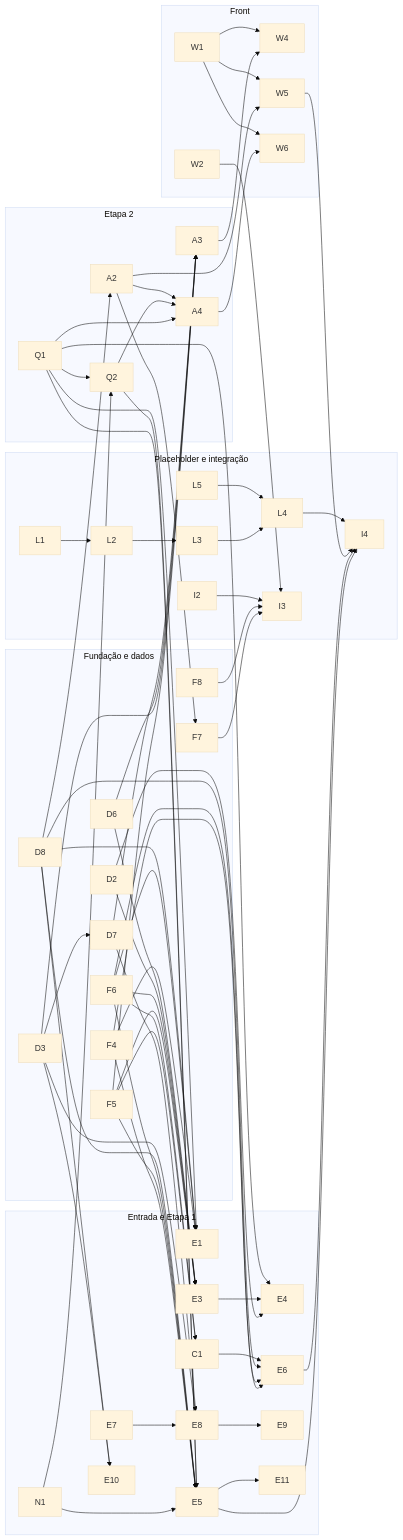
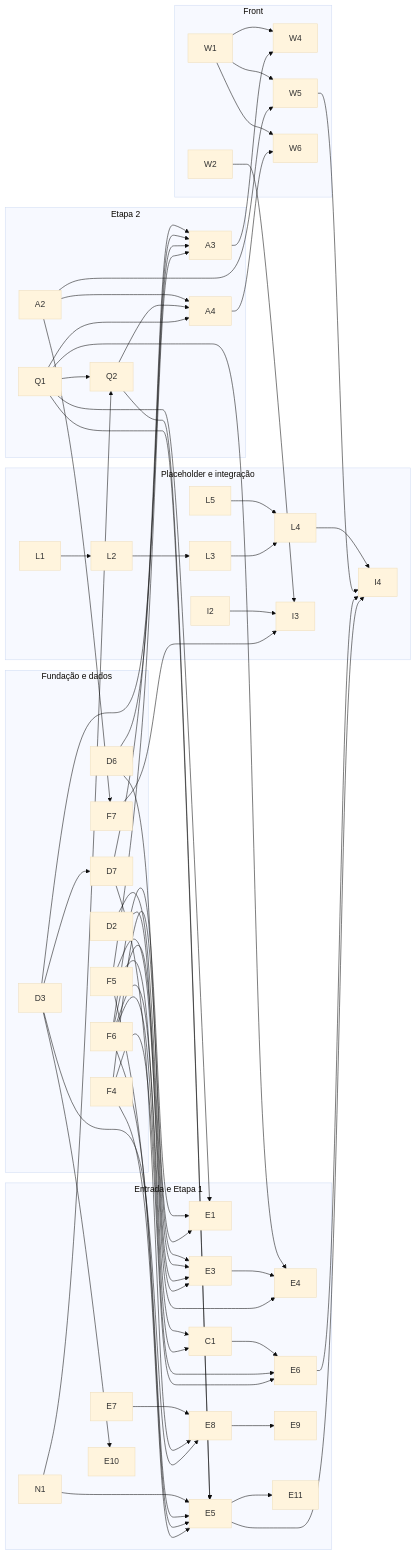
Before and after one commit to MateusBarnabe/Projeto-Integrador: the diagram in PROXIMOS-PASSOS.md, drawn with Mermaid (base theme). The commit also changed other lines of this file and 2 other files, not shown here.

````diff
--- a/PROXIMOS-PASSOS.md
+++ b/PROXIMOS-PASSOS.md
@@ -187,51 +188,49 @@
 ```mermaid
 flowchart LR
   subgraph Fundacao["Fundação e dados"]
-    F4 & F5 & F6 & F7 & F8
-    D2 & D3 & D6 & D7 & D8
+    F4 & F5 & F6 & F7
+    D2 & D3 & D6 & D7
   end
   subgraph Etapa1["Entrada e Etapa 1"]
     E1 & E3 & E4 & E5 & E6 & E7 & E8 & E9 & E10 & E11 & C1 & N1
   end
   subgraph Etapa2["Etapa 2"]
     Q1 & Q2 & A2 & A3 & A4
   end
   subgraph Front["Front"]
     W1 & W2 & W4 & W5 & W6
   end
   subgraph Placeholder["Placeholder e integração"]
     L1 & L2 & L3 & L4 & L5 & I2 & I3 & I4
   end
 
   F4 --> E1 & E5 & E6
   F5 --> E3 & E5 & C1 & A3
   F6 --> E1 & E3 & E5 & E6 & C1
   F7 --> I3
-  F8 --> I3
   D2 --> E3 & E4
   D3 --> D7 & E8 & E10 & A3
   D6 --> E3 & A3
   D7 --> E8 & A3
-  D8 --> E1 & E5 & E6 & E10 & A2
   E3 --> E4
   E5 --> E11 & I4
   E6 --> I4
   E7 --> E8
   E8 --> E9
   C1 --> E6
   N1 --> E5 & Q2
   Q1 --> E1 & E4 & E5 & Q2 & A4
   Q2 --> E5 & A4
   A2 --> F7 & A4 & W5
   A3 --> W4
   A4 --> W6
   W1 --> W4 & W5 & W6
   W2 --> I3
   W5 --> I4
   L1 --> L2
   L2 --> L3
   L3 --> L4
   L4 --> I4
   L5 --> L4
   I2 --> I3
 ```
````
